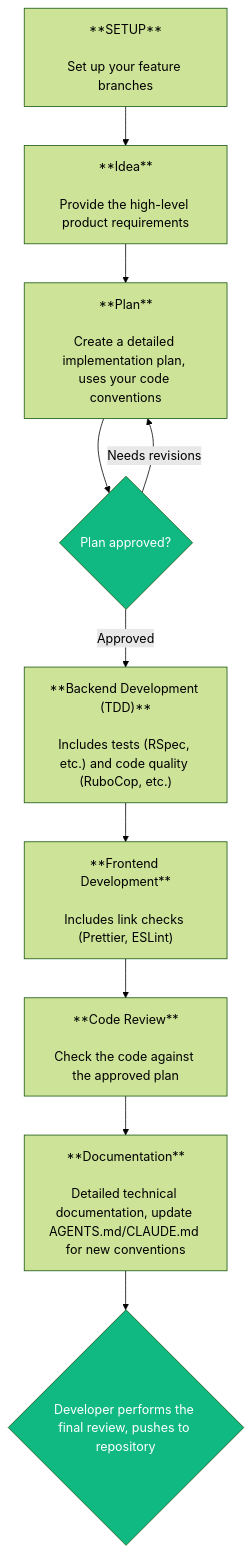
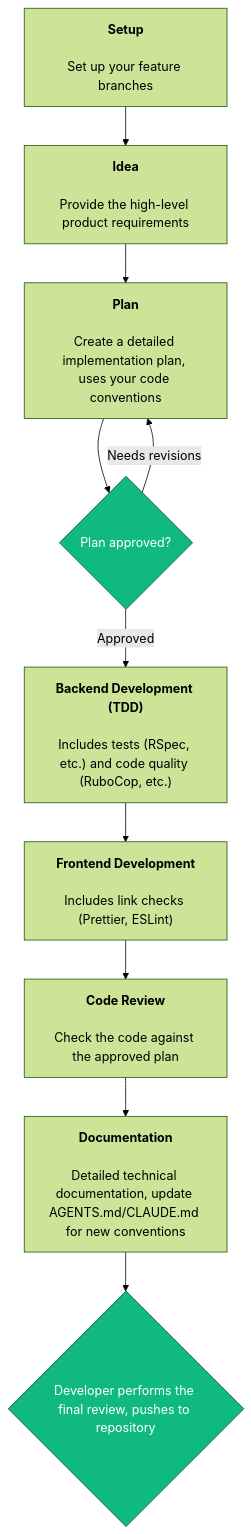
Before and after one commit to marvs/kantan-dev: the diagram in README.md, drawn with Mermaid (forest theme).

Commit message:
Update formatting

````diff
--- a/README.md
+++ b/README.md
@@ -5,14 +5,14 @@
 ```mermaid
 flowchart TD
-    A["**SETUP**<br/><br/>Set up your feature branches"] --> B["**Idea**<br/><br/>Provide the high-level product requirements"]
-    B --> C["**Plan**<br/><br/>Create a detailed implementation plan, uses your code conventions"]
+    A["<b>Setup</b><br/><br/>Set up your feature branches"] --> B["<b>Idea</b><br/><br/>Provide the high-level product requirements"]
+    B --> C["<b>Plan</b><br/><br/>Create a detailed implementation plan, uses your code conventions"]
     C --> G1{"Plan approved?"}
     G1 -->|Needs revisions| C
-    G1 -->|Approved| D["**Backend Development (TDD)**<br/><br/>Includes tests (RSpec, etc.) and code quality (RuboCop, etc.)"]
-    D --> E["**Frontend Development**<br/><br/>Includes link checks (Prettier, ESLint)"]
-    E --> R["**Code Review**<br/><br/>Check the code against the approved plan"]
-    R --> F["**Documentation**<br/><br/>Detailed technical documentation, update AGENTS.md/CLAUDE.md for new conventions"]
+    G1 -->|Approved| D["<b>Backend Development (TDD)</b><br/><br/>Includes tests (RSpec, etc.) and code quality (RuboCop, etc.)"]
+    D --> E["<b>Frontend Development</b><br/><br/>Includes link checks (Prettier, ESLint)"]
+    E --> R["<b>Code Review</b><br/><br/>Check the code against the approved plan"]
+    R --> F["<b>Documentation</b><br/><br/>Detailed technical documentation, update AGENTS.md/CLAUDE.md for new conventions"]
     F --> G2{"Developer performs the final review, pushes to repository"}
     style G1 fill:#10B981,color:#fff
     style G2 fill:#10B981,color:#fff
 ```
````
